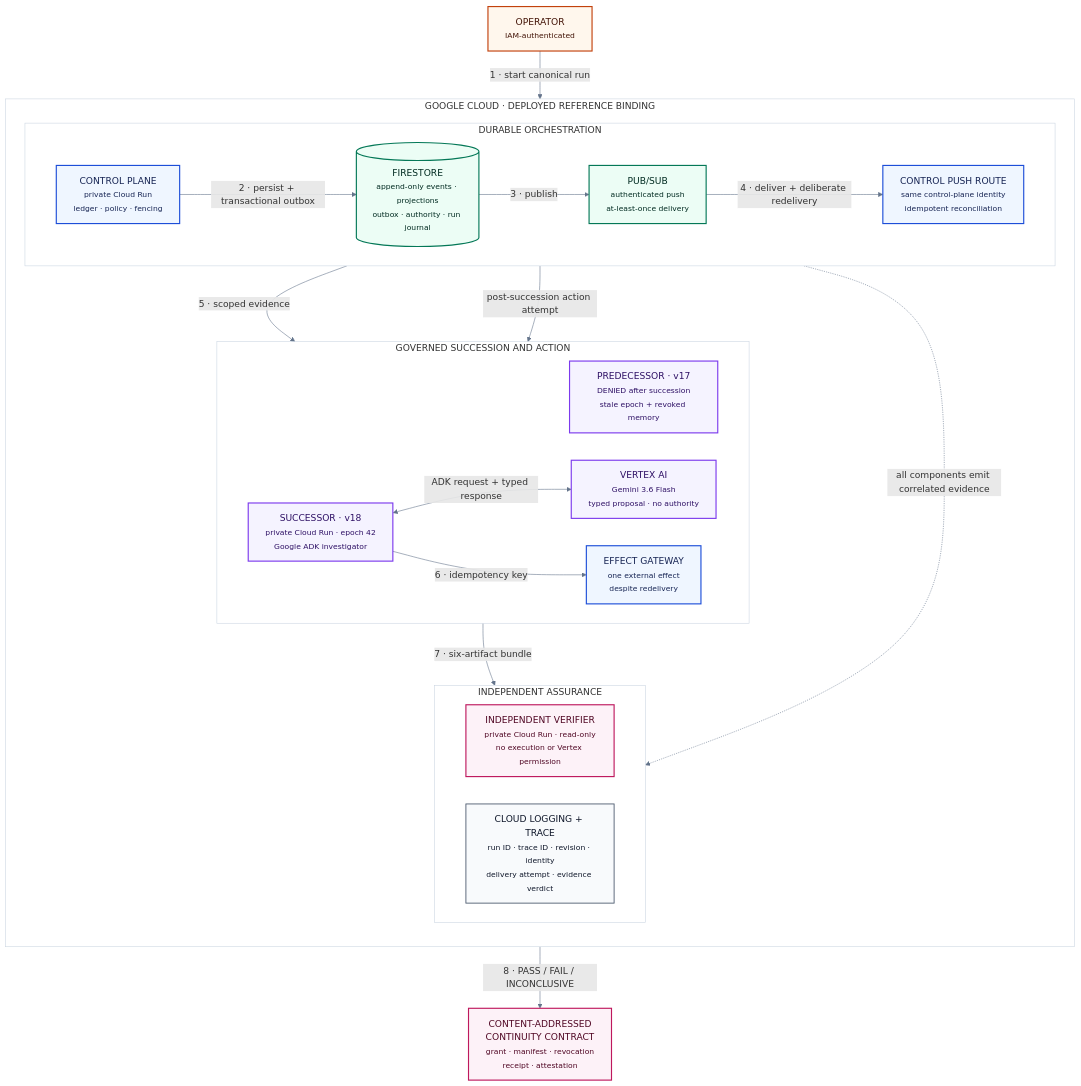
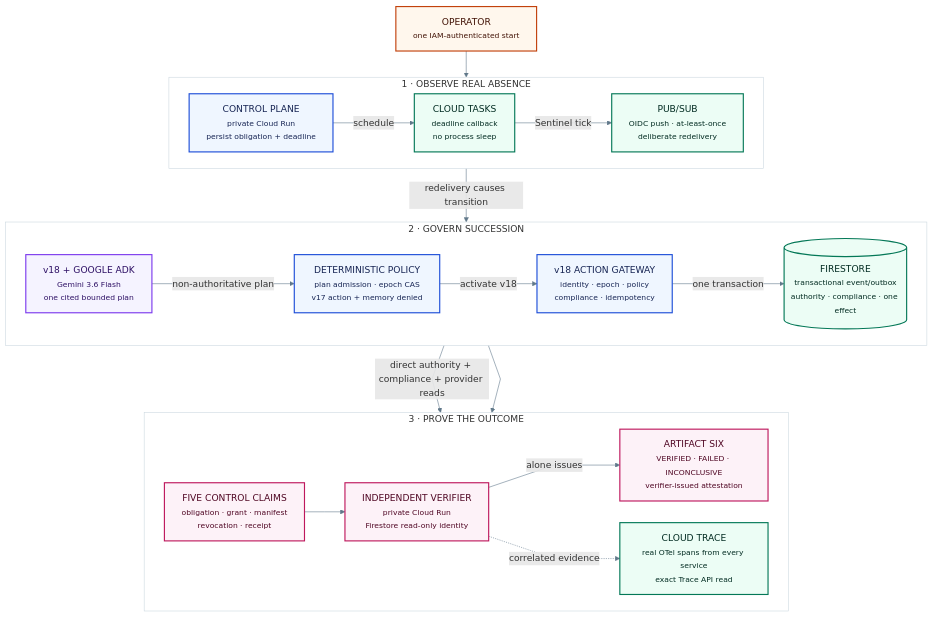
The diagram in docs/diagrams/architecture.mmd (milos-plavsic/continuum), drawn with Mermaid before and after one commit. The commit also changed 51 other files, not shown here.

```diff
--- a/docs/diagrams/architecture.mmd
+++ b/docs/diagrams/architecture.mmd
@@ -1,53 +1,42 @@
-%%{init: {"flowchart": {"curve": "basis", "nodeSpacing": 48, "rankSpacing": 60}, "themeVariables": {"fontFamily": "Arial, sans-serif", "primaryTextColor": "#172033", "lineColor": "#64748B", "clusterBkg": "#FFFFFF", "clusterBorder": "#CBD5E1"}}}%%
+%%{init:{"flowchart":{"curve":"linear","nodeSpacing":38,"rankSpacing":46},"themeVariables":{"fontFamily":"Inter,Arial,sans-serif","primaryTextColor":"#10202d","lineColor":"#60788a","clusterBkg":"#ffffff","clusterBorder":"#cbd7df"}}}%%
 flowchart TB
-  classDef human fill:#FFF7ED,stroke:#C2410C,color:#431407,stroke-width:2px
-  classDef control fill:#EFF6FF,stroke:#1D4ED8,color:#172554,stroke-width:2px
-  classDef agent fill:#F5F3FF,stroke:#7C3AED,color:#2E1065,stroke-width:2px
-  classDef state fill:#ECFDF5,stroke:#047857,color:#022C22,stroke-width:2px
-  classDef verify fill:#FDF2F8,stroke:#BE185D,color:#500724,stroke-width:2px
-  classDef observe fill:#F8FAFC,stroke:#475569,color:#0F172A,stroke-width:1.5px
+  classDef human fill:#fff7ed,stroke:#c2410c,color:#431407,stroke-width:2px
+  classDef control fill:#eff6ff,stroke:#1d4ed8,color:#172554,stroke-width:2px
+  classDef agent fill:#f5f3ff,stroke:#7c3aed,color:#2e1065,stroke-width:2px
+  classDef state fill:#ecfdf5,stroke:#047857,color:#022c22,stroke-width:2px
+  classDef verify fill:#fdf2f8,stroke:#be185d,color:#500724,stroke-width:2px
 
-  OP["OPERATOR<br/><small>IAM-authenticated</small>"]:::human
+  OP["OPERATOR<br/><small>one IAM-authenticated start</small>"]:::human
 
-  subgraph CLOUD["GOOGLE CLOUD · DEPLOYED REFERENCE BINDING"]
-    direction TB
-
-    subgraph DURABLE["DURABLE ORCHESTRATION"]
-      direction LR
-      CP["CONTROL PLANE<br/><small>private Cloud Run<br/>ledger · policy · fencing</small>"]:::control
-
-      FS[("FIRESTORE<br/><small>append-only events · projections<br/>outbox · authority · run journal</small>")]:::state
-      PS["PUB/SUB<br/><small>authenticated push<br/>at-least-once delivery</small>"]:::state
-      PUSH["CONTROL PUSH ROUTE<br/><small>same control-plane identity<br/>idempotent reconciliation</small>"]:::control
-    end
-
-    subgraph ACTION["GOVERNED SUCCESSION AND ACTION"]
-      direction LR
-      V17["PREDECESSOR · v17<br/><small>DENIED after succession<br/>stale epoch + revoked memory</small>"]:::agent
-      V18["SUCCESSOR · v18<br/><small>private Cloud Run · epoch 42<br/>Google ADK investigator</small>"]:::agent
-      VX["VERTEX AI<br/><small>Gemini 3.6 Flash<br/>typed proposal · no authority</small>"]:::agent
-      FX["EFFECT GATEWAY<br/><small>one external effect<br/>despite redelivery</small>"]:::control
-    end
-
-    subgraph ASSURANCE["INDEPENDENT ASSURANCE"]
-      direction LR
-      IV["INDEPENDENT VERIFIER<br/><small>private Cloud Run · read-only<br/>no execution or Vertex permission</small>"]:::verify
-      OBS["CLOUD LOGGING + TRACE<br/><small>run ID · trace ID · revision · identity<br/>delivery attempt · evidence verdict</small>"]:::observe
-    end
+  subgraph R1["1 · OBSERVE REAL ABSENCE"]
+    direction LR
+    CP["CONTROL PLANE<br/><small>private Cloud Run<br/>persist obligation + deadline</small>"]:::control
+    TASK["CLOUD TASKS<br/><small>deadline callback<br/>no process sleep</small>"]:::state
+    PS["PUB/SUB<br/><small>OIDC push · at-least-once<br/>deliberate redelivery</small>"]:::state
+    CP -->|schedule| TASK -->|Sentinel tick| PS
   end
 
-  CC["CONTENT-ADDRESSED<br/>CONTINUITY CONTRACT<br/><small>grant · manifest · revocation<br/>receipt · attestation</small>"]:::verify
+  subgraph R2["2 · GOVERN SUCCESSION"]
+    direction LR
+    V18["v18 + GOOGLE ADK<br/><small>Gemini 3.6 Flash<br/>one cited bounded plan</small>"]:::agent
+    POLICY["DETERMINISTIC POLICY<br/><small>plan admission · epoch CAS<br/>v17 action + memory denied</small>"]:::control
+    GATE["v18 ACTION GATEWAY<br/><small>identity · epoch · policy<br/>compliance · idempotency</small>"]:::control
+    DB[("FIRESTORE<br/><small>transactional event/outbox<br/>authority · compliance · one effect</small>")]:::state
+    V18 -->|non-authoritative plan| POLICY -->|activate v18| GATE -->|one transaction| DB
+  end
 
-  OP -->|"1 · start canonical run"| CP
-  CP -->|"2 · persist + transactional outbox"| FS
-  FS -->|"3 · publish"| PS
-  PS -->|"4 · deliver + deliberate redelivery"| PUSH
-  PUSH -->|"5 · scoped evidence"| V18
-  V18 <-->|"ADK request + typed response"| VX
-  V18 -->|"6 · idempotency key"| FX
 
-  CP -->|"post-succession action attempt"| V17
-  FX -->|"7 · six-artifact bundle"| IV
-  IV -->|"8 · PASS / FAIL / INCONCLUSIVE"| CC
+  subgraph R3["3 · PROVE THE OUTCOME"]
+    direction LR
+    FIVE["FIVE CONTROL CLAIMS<br/><small>obligation · grant · manifest<br/>revocation · receipt</small>"]:::verify
+    IV["INDEPENDENT VERIFIER<br/><small>private Cloud Run<br/>Firestore read-only identity</small>"]:::verify
+    SIX["ARTIFACT SIX<br/><small>VERIFIED · FAILED · INCONCLUSIVE<br/>verifier-issued attestation</small>"]:::verify
+    TRACE["CLOUD TRACE<br/><small>real OTel spans from every service<br/>exact Trace API read</small>"]:::state
+    FIVE --> IV -->|alone issues| SIX
+    IV -. correlated evidence .-> TRACE
+  end
 
-  PUSH -. "all components emit correlated evidence" .-> OBS
+  OP --> CP
+  PS -->|redelivery causes transition| V18
+  DB -->|direct authority + compliance + provider reads| IV
+  GATE --> FIVE
```
